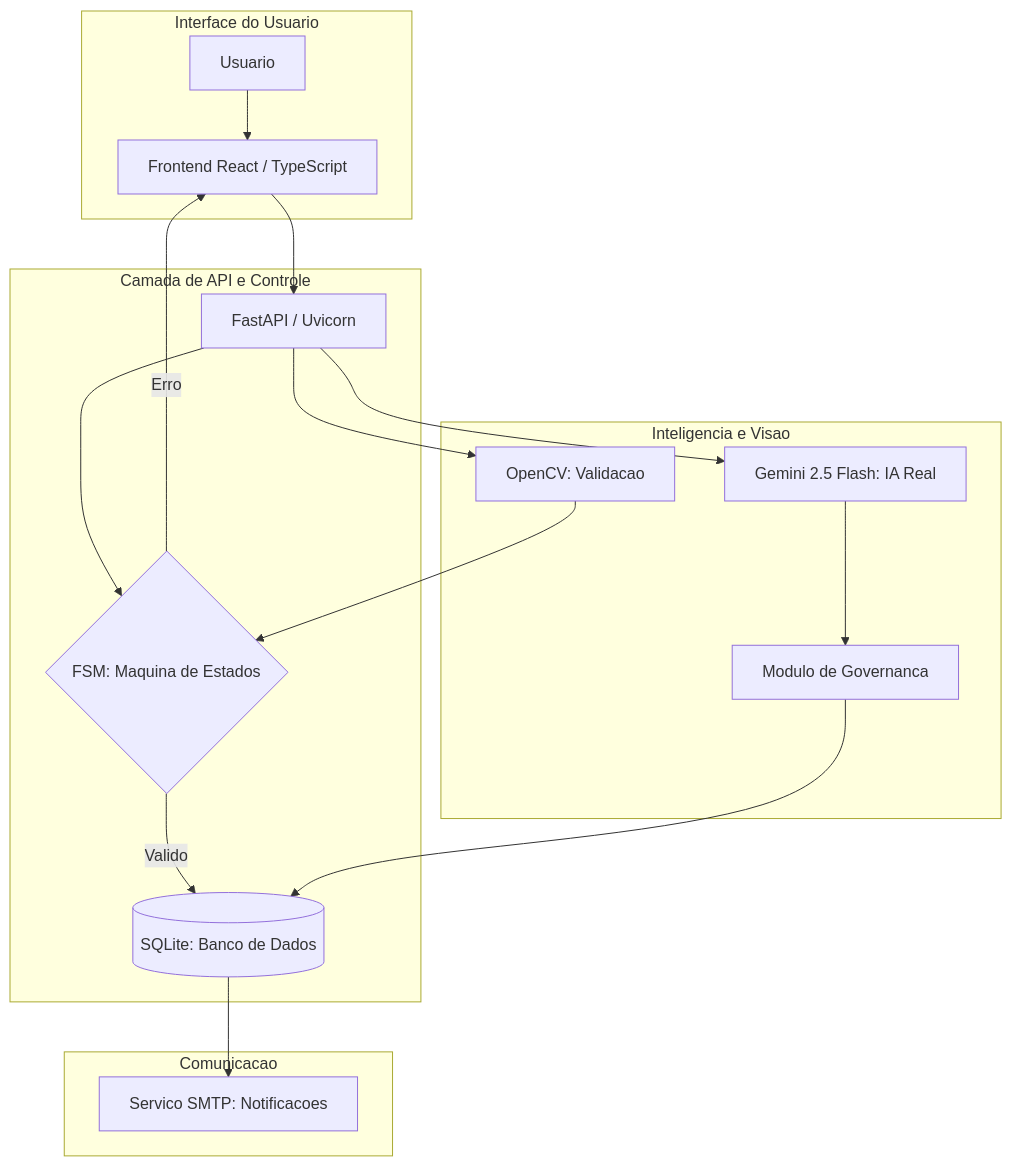
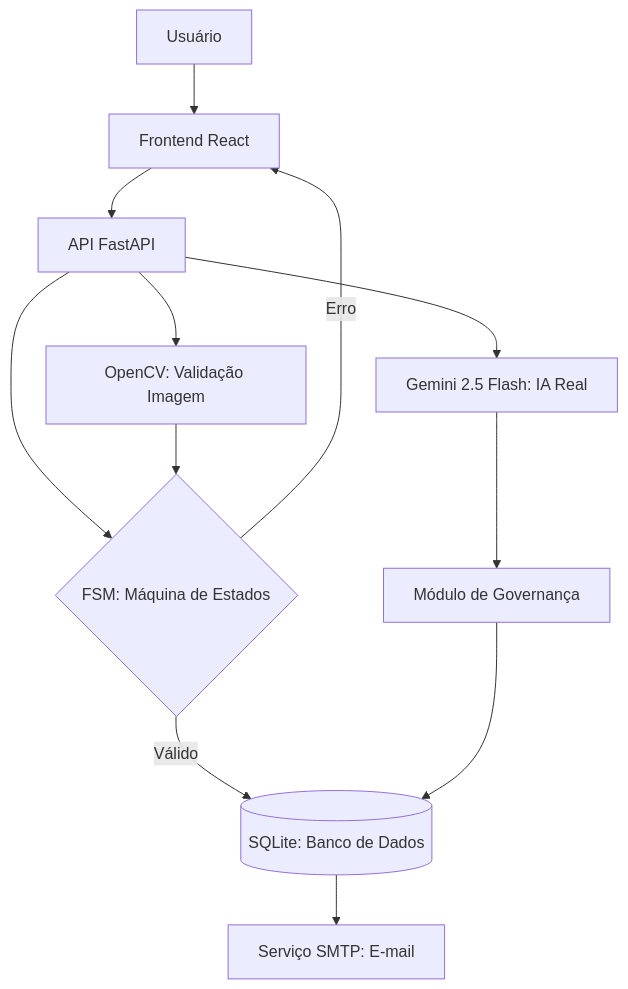
The diagram in README.md (luanaportop/desafio-youvisa-sprint3), drawn with Mermaid before and after one commit.

````diff
--- a/README.md
+++ b/README.md
@@ -188,25 +188,14 @@
 ```mermaid
 graph TD
-    subgraph UI [Interface do Usuario]
-        A[Usuario] --> B[Frontend React / TypeScript]
-    end
-
-    subgraph Backend [Camada de API e Controle]
-        B --> C[FastAPI / Uvicorn]
-        C --> D{FSM: Maquina de Estados}
-        D -- Valido --> E[(SQLite: Banco de Dados)]
-        D -- Erro --> B
-    end
-
-    subgraph IA [Inteligencia e Visao]
-        C --> F[OpenCV: Validacao]
-        C --> G[Gemini 2.5 Flash: IA Real]
-        G --> H[Modulo de Governanca]
-        F --> D
-        H --> E
-    end
-
-    subgraph Saida [Comunicacao]
-        E --> I[Servico SMTP: Notificacoes]
-    end
+    A[Usuário] --> B[Frontend React]
+    B --> C[API FastAPI]
+    C --> D{FSM: Máquina de Estados}
+    D -- Válido --> E[(SQLite: Banco de Dados)]
+    D -- Erro --> B
+    C --> F[OpenCV: Validação Imagem]
+    C --> G[Gemini 2.5 Flash: IA Real]
+    G --> H[Módulo de Governança]
+    F --> D
+    H --> E
+    E --> I[Serviço SMTP: E-mail]
 ```
````
